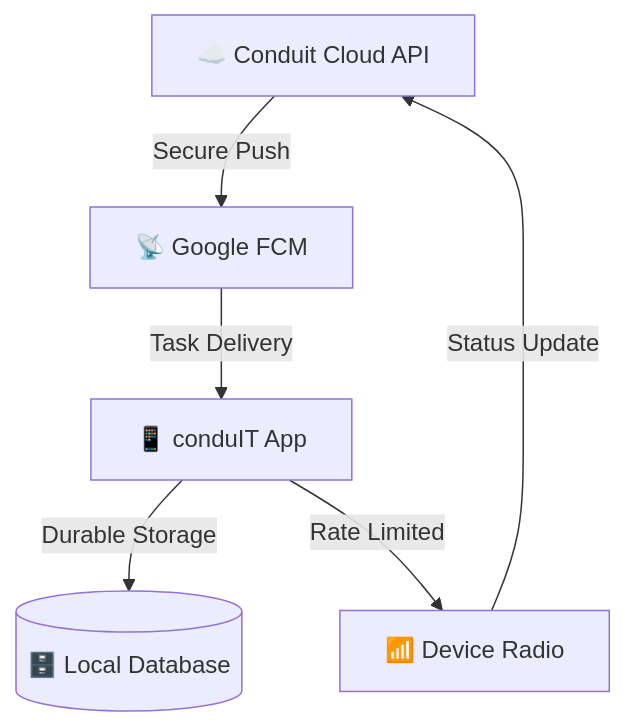
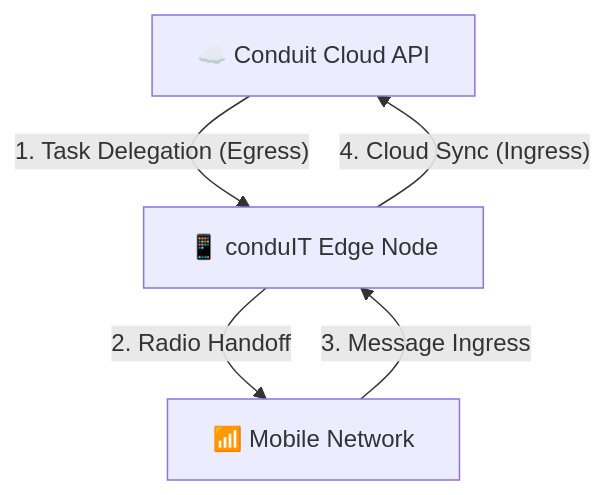
The diagram in README.md (Conduit-Ke/conduit-releases), drawn with Mermaid before and after one commit.

Commit message:
docs: unify ingress and egress into closed-loop diagram

````diff
--- a/README.md
+++ b/README.md
@@ -22,8 +22,14 @@
 ```mermaid
 graph TD
-    API["☁️ Conduit Cloud API"] -- "Secure Push" --> FCM["📡 Google FCM"]
-    FCM -- "Task Delivery" --> APP["📱 conduIT App"]
-    APP -- "Durable Storage" --> DB[("🗄️ Local Database")]
-    APP -- "Rate Limited" --> RAD["📶 Device Radio"]
-    RAD -- "Status Update" --> API
+    API["☁️ Conduit Cloud API"]
+    APP["📱 conduIT Edge Node"]
+    NET["📶 Mobile Network"]
+
+    %% Egress (Sending)
+    API -- "1. Task Delegation (Egress)" --> APP
+    APP -- "2. Radio Handoff" --> NET
+
+    %% Ingress (Receiving)
+    NET -- "3. Message Ingress" --> APP
+    APP -- "4. Cloud Sync (Ingress)" --> API
 ```
````
